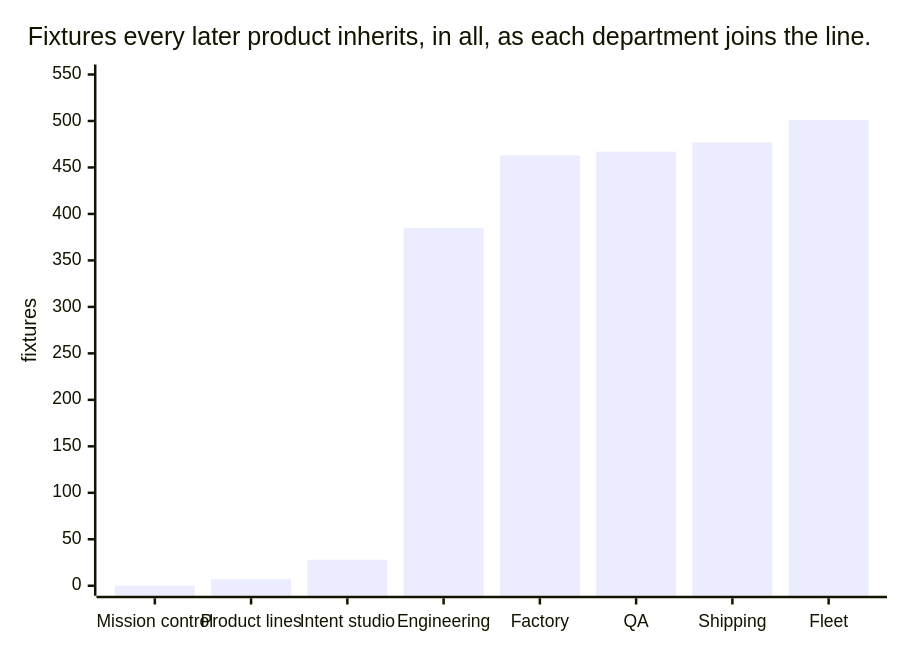
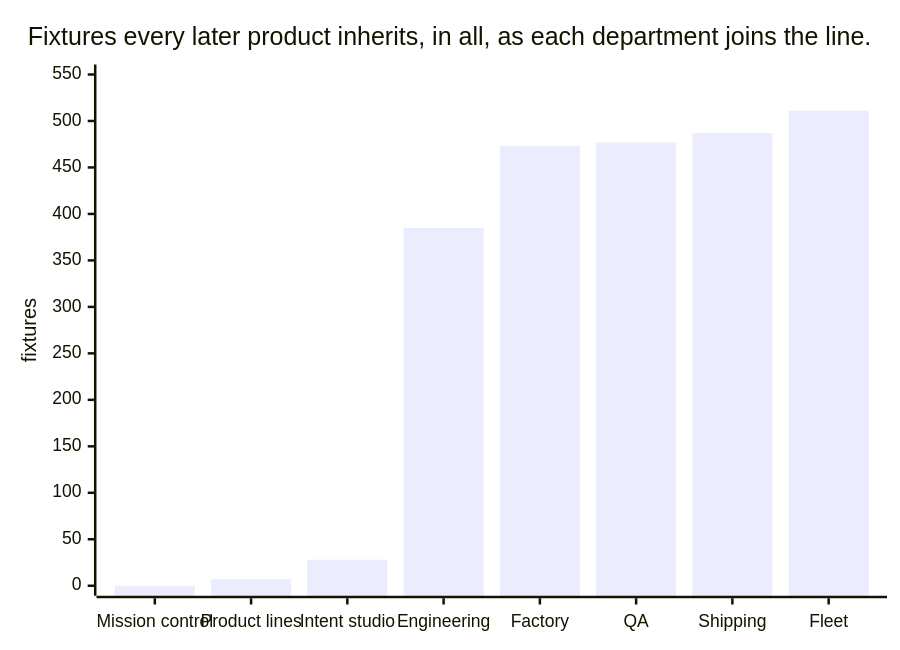
The second of 3 diagrams in intent/docs/line/README.md (russlittle/ZTHR), drawn with Mermaid before and after one commit. The commit also changed other lines of this file and 29 other files, not shown here.

````diff
--- a/intent/docs/line/README.md
+++ b/intent/docs/line/README.md
@@ -99,7 +99,7 @@
 ```mermaid
 xychart-beta
   title "Fixtures every later product inherits, in all, as each department joins the line."
   x-axis ["Mission control", "Product lines", "Intent studio", "Engineering", "Factory", "QA", "Shipping", "Fleet"]
   y-axis "fixtures" 0 --> 550
-  bar [0, 7, 28, 385, 463, 467, 477, 501]
+  bar [0, 7, 28, 385, 473, 477, 487, 511]
 ```
````
